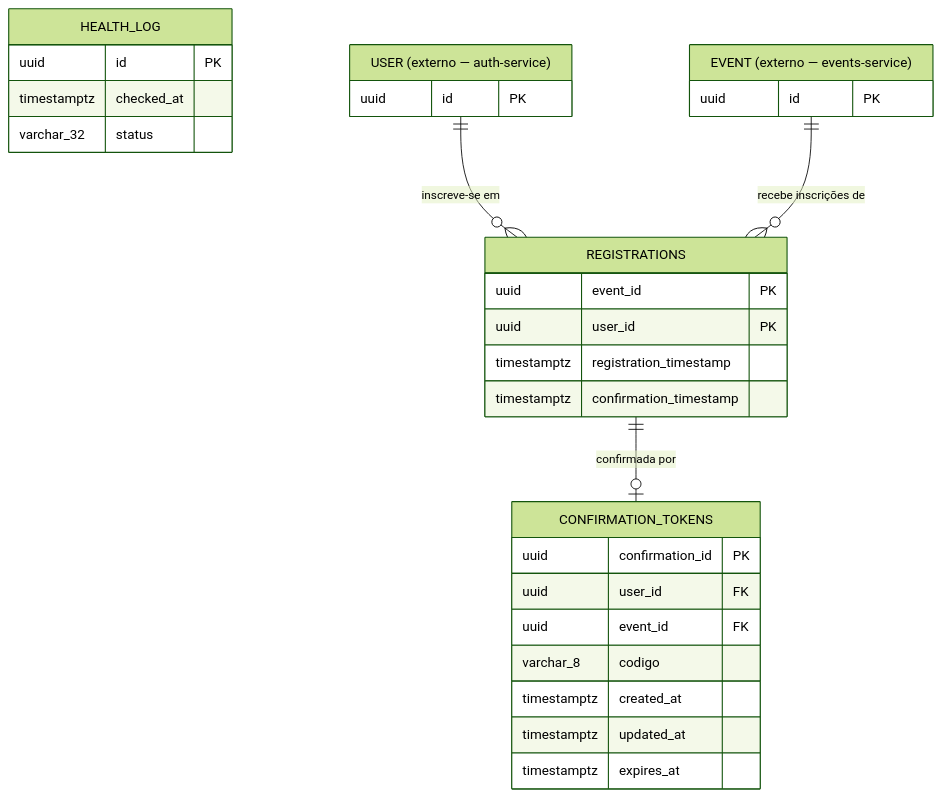
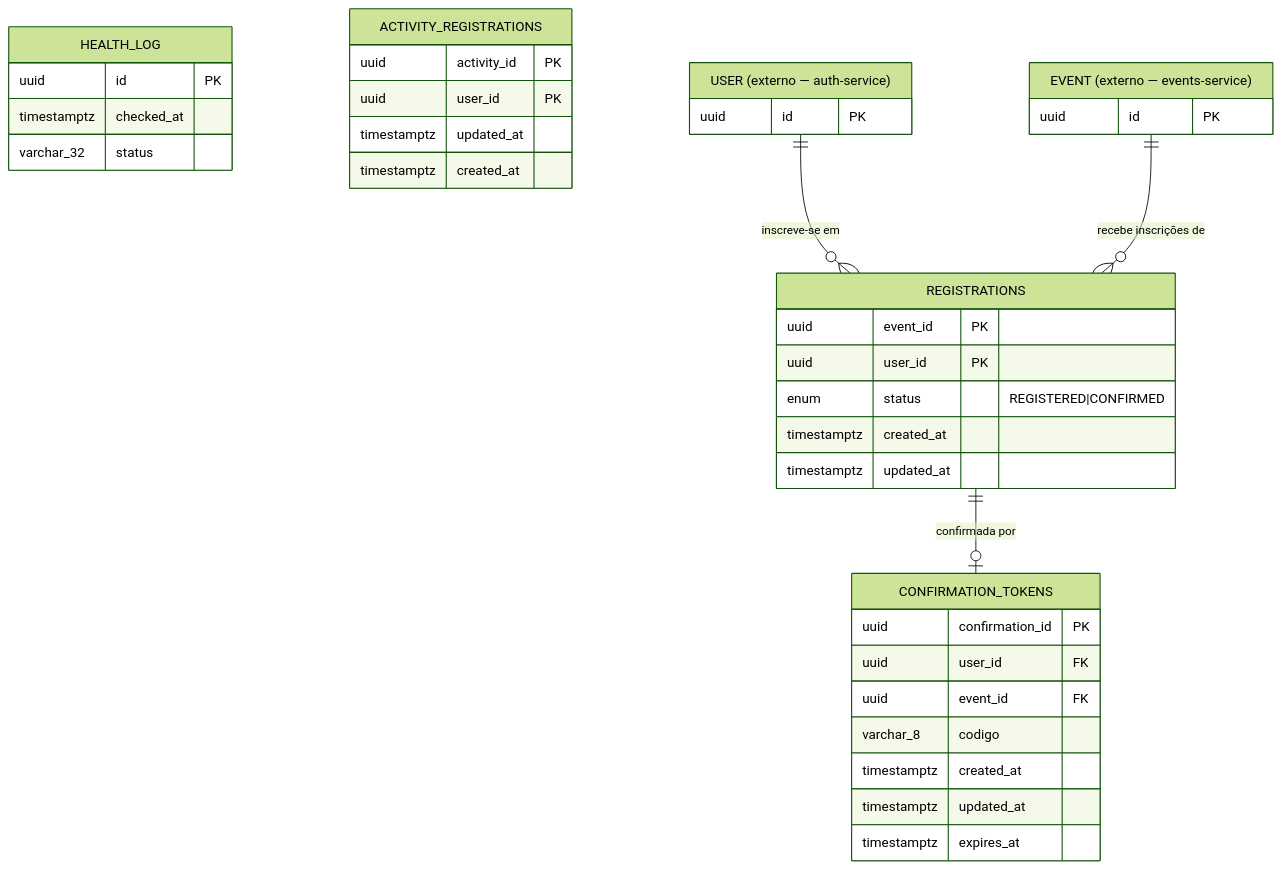
One commit to pucrs-csw-2026-1/0x-fork-manifestbolo-t2-registration changed the diagram in README.md. Above: the diagram before and after it, drawn with Mermaid (forest theme). The commit also changed other lines of this file and 2 other files, not shown here.

Commit message:
docs: fix readme to remove misleading information and add a description of the new activity table

````diff
--- a/README.md
+++ b/README.md
@@ -144,37 +71,45 @@
 ```mermaid
 erDiagram
     REGISTRATIONS {
         uuid event_id PK
         uuid user_id PK
-        timestamptz registration_timestamp
-        timestamptz confirmation_timestamp
+        enum status "REGISTERED|CONFIRMED"
+        timestamptz created_at
+        timestamptz updated_at
     }
 
     CONFIRMATION_TOKENS {
         uuid confirmation_id PK
         uuid user_id FK
         uuid event_id FK
         varchar_8 codigo
         timestamptz created_at
         timestamptz updated_at
         timestamptz expires_at
     }
 
     HEALTH_LOG {
         uuid id PK
         timestamptz checked_at
         varchar_32 status
     }
 
+    ACTIVITY_REGISTRATIONS {
+        uuid activity_id PK
+        uuid user_id PK
+        timestamptz updated_at
+        timestamptz created_at
+    }
+
     USER["USER (externo — auth-service)"] {
         uuid id PK
     }
 
     EVENT["EVENT (externo — events-service)"] {
         uuid id PK
     }
 
     USER ||--o{ REGISTRATIONS : "inscreve-se em"
     EVENT ||--o{ REGISTRATIONS : "recebe inscrições de"
     REGISTRATIONS ||--o| CONFIRMATION_TOKENS : "confirmada por"
 ```
````
